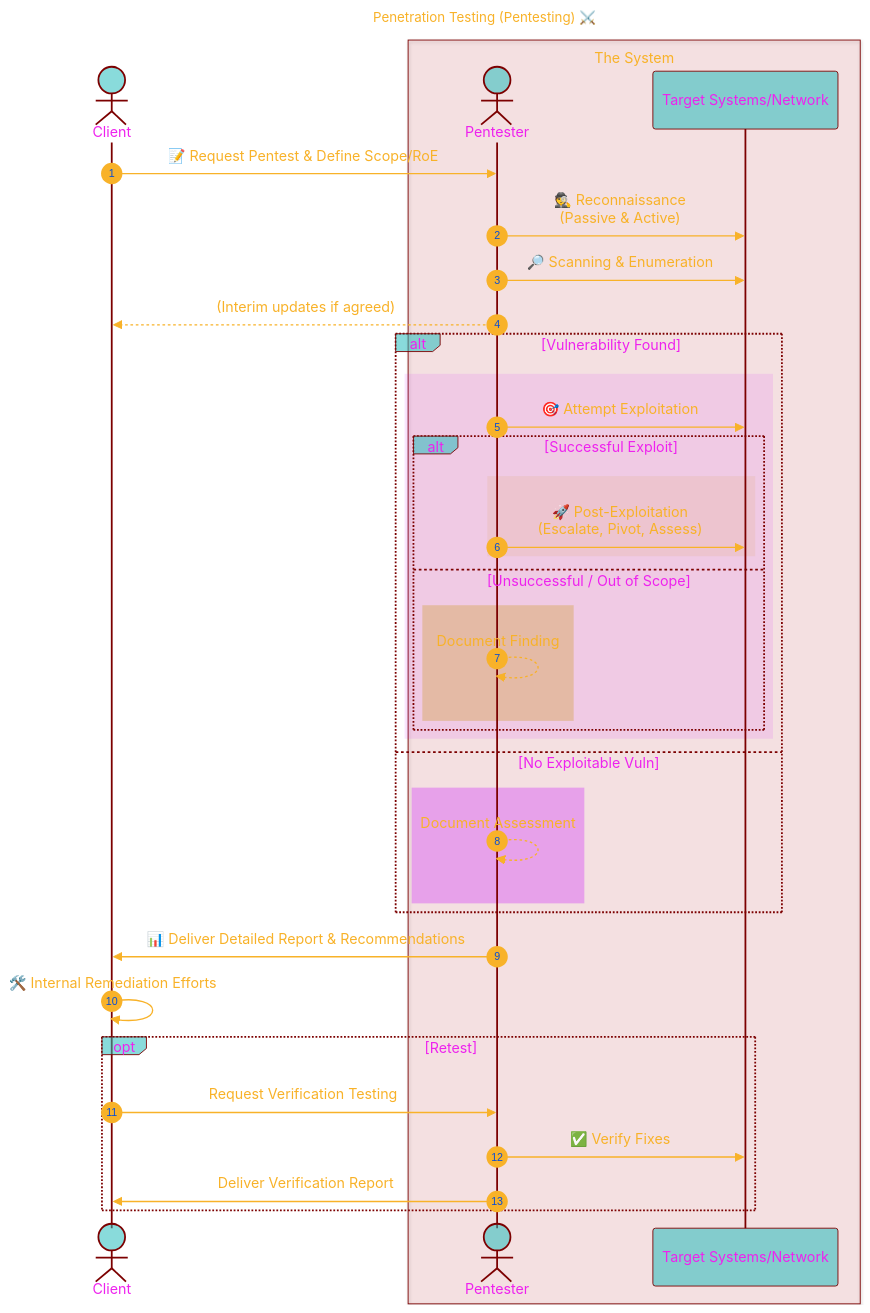
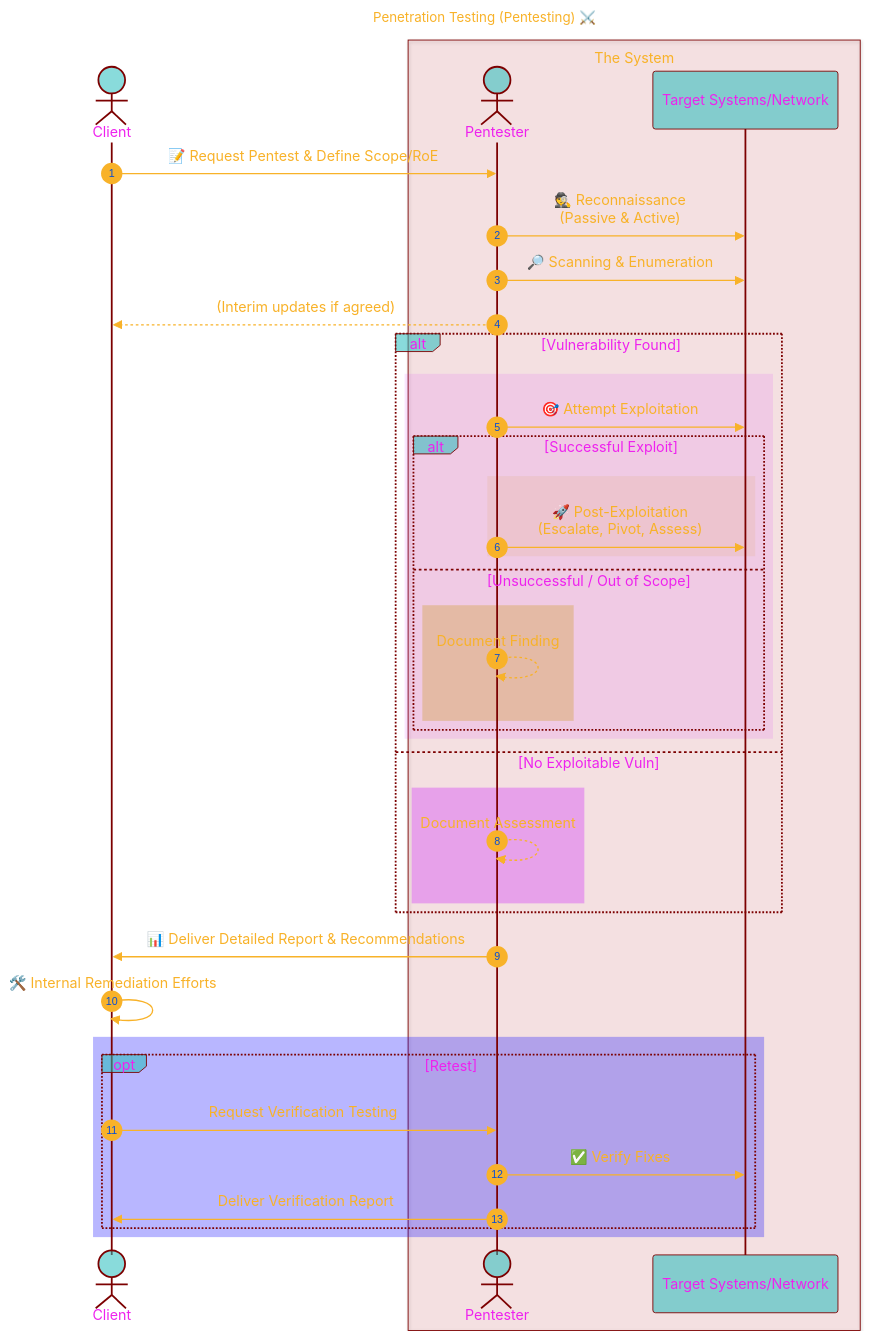
One commit to CongLeSolutionX/EthicaLumin changed the second of 5 diagrams in Types_of_Hacking/White_Hat.md. Above: the diagram before and after it, drawn with Mermaid.

Commit message:
update notes

````diff
--- a/Types_of_Hacking/White_Hat.md
+++ b/Types_of_Hacking/White_Hat.md
@@ -169,70 +169,72 @@
 ```mermaid
 ---
 title: "Penetration Testing (Pentesting) ⚔️"
 author: "Cong Le"
 version: "0.1"
 license(s): "MIT, CC BY 4.0"
 copyright: "Copyright (c) 2025 Cong Le. All Rights Reserved."
 config:
   layout: elk
   theme: base
 ---
 %%%%%%%% Mermaid version v11.4.1-b.14
 %%{
   init: {
     'sequence': { 'mirrorActors': true, 'showSequenceNumbers': true, 'actorMargin': 50 },
     'fontFamily': 'Monaco',
     'themeVariables': {
       'primaryColor': '#2BB8',
       'primaryBorderColor': '#7C0000',
       'lineColor': '#F8B229',
       'secondaryColor': '#6122',
       'tertiaryColor': '#fff',
       'fontSize': '15px',
       'textColor': '#F8B229',
       'actorTextColor': '#E2E',
       'stroke':'#033',
       'stroke-width': '0.2px'
     }
   }
 }%%
 sequenceDiagram
     actor Client
 
     box rgb(202, 12, 22, 0.1) The System
       actor Pentester
       participant TargetSystem as Target Systems/Network
     end
 
     Client->>Pentester: 📝 Request Pentest & Define Scope/RoE
     Pentester->>TargetSystem: 🕵️ Reconnaissance <br/>(Passive & Active)
     Pentester->>TargetSystem: 🔎 Scanning & Enumeration
     Pentester-->>Client: (Interim updates if agreed)
     
     alt Vulnerability Found
       rect rgb(200, 15, 255, 0.1)
         Pentester->>TargetSystem: 🎯 Attempt Exploitation
         alt Successful Exploit
           rect rgb(200, 150, 20, 0.1)
             Pentester->>TargetSystem: 🚀 Post-Exploitation<br/>(Escalate, Pivot, Assess)
           end
         else Unsuccessful / Out of Scope
           rect rgb(200, 150, 20, 0.3)
             Pentester-->>Pentester: Document Finding
           end
         end
       end
     else No Exploitable Vuln
       rect rgb(200, 15, 255, 0.3)
         Pentester-->>Pentester: Document Assessment
       end
     end
     
     Pentester->>Client: 📊 Deliver Detailed Report & Recommendations
     Client->>Client: 🛠️ Internal Remediation Efforts
+    rect rgb(20, 15, 255, 0.3)
     opt Retest
         Client->>Pentester: Request Verification Testing
         Pentester->>TargetSystem: ✅ Verify Fixes
         Pentester->>Client: Deliver Verification Report
     end
+    end
 ```
````
